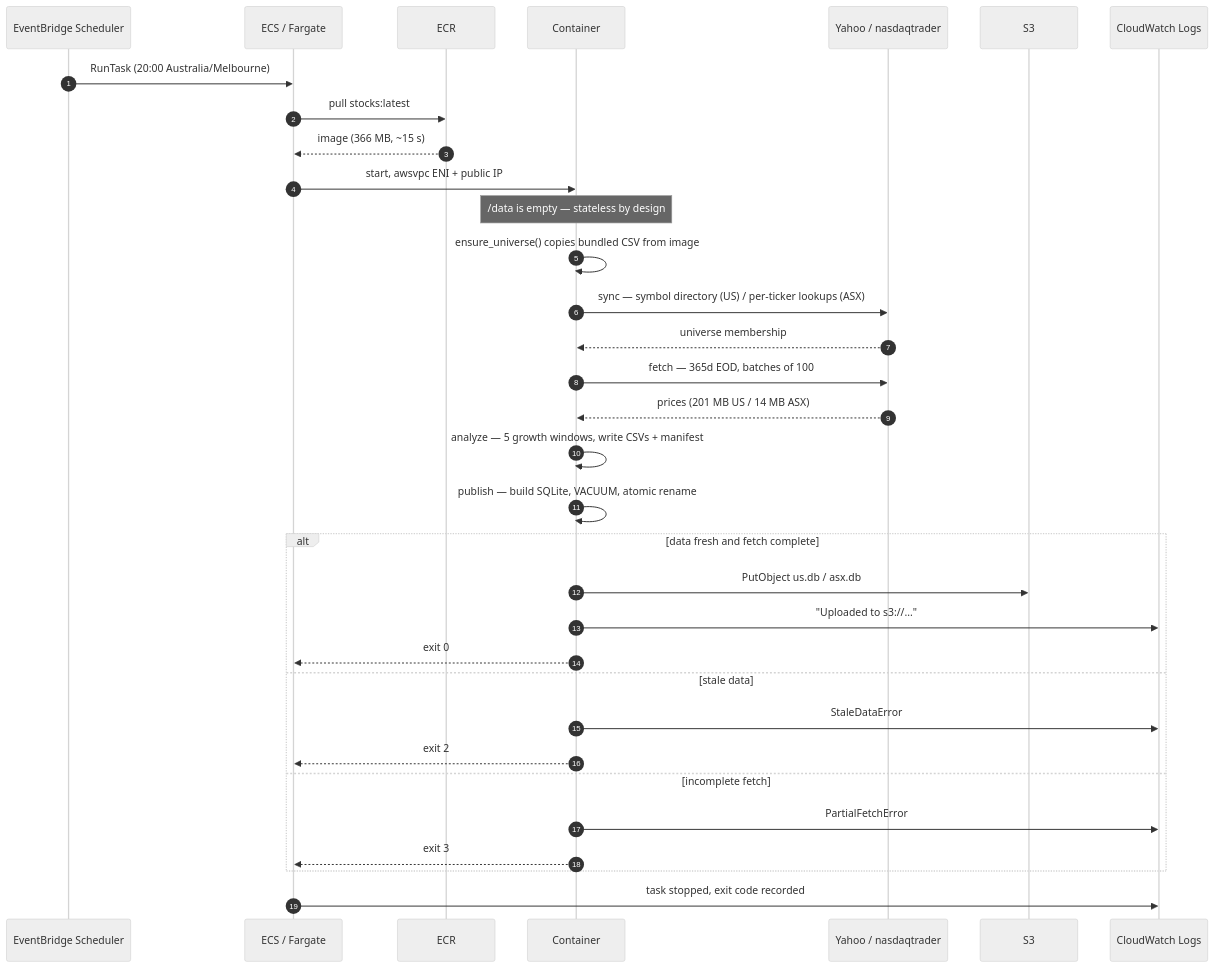
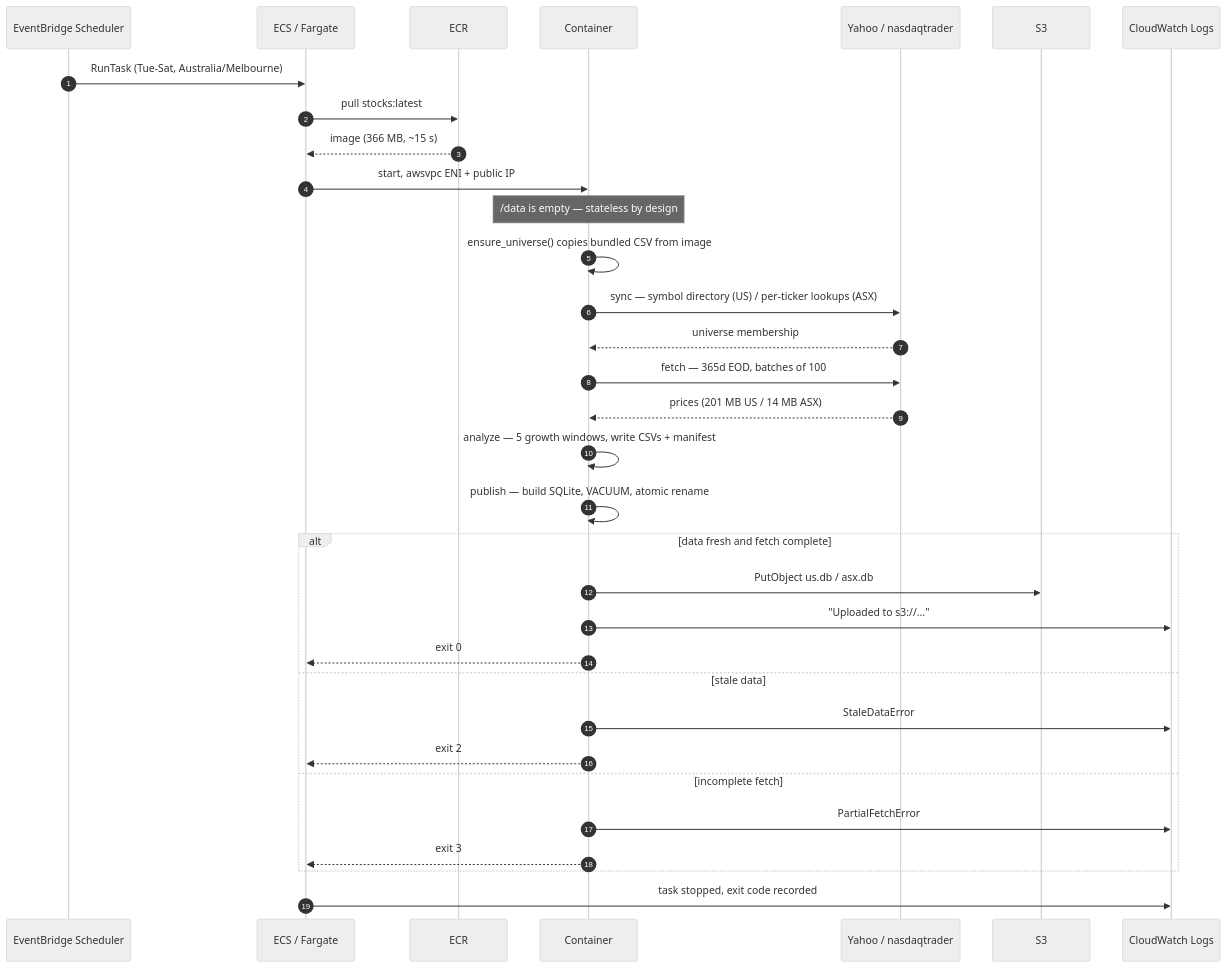
Before and after one commit to ryandam9/Stocks: the third of 5 diagrams in docs/AWS_DEPLOYMENT_SPEC.md, drawn with Mermaid (neutral theme). The commit also changed other lines of this file and 1 other file, not shown here.

First line of the commit message:
Run Tue-Sat: ASX at 07:15, US at 09:30 Melbourne

````diff
--- a/docs/AWS_DEPLOYMENT_SPEC.md
+++ b/docs/AWS_DEPLOYMENT_SPEC.md
@@ -452,40 +456,40 @@
 ```mermaid
 sequenceDiagram
     autonumber
     participant S as EventBridge Scheduler
     participant E as ECS / Fargate
     participant R as ECR
     participant C as Container
     participant Y as Yahoo / nasdaqtrader
     participant B as S3
     participant L as CloudWatch Logs
 
-    S->>E: RunTask (20:00 Australia/Melbourne)
+    S->>E: RunTask (Tue-Sat, Australia/Melbourne)
     E->>R: pull stocks:latest
     R-->>E: image (366 MB, ~15 s)
     E->>C: start, awsvpc ENI + public IP
 
     Note over C: /data is empty — stateless by design
     C->>C: ensure_universe() copies bundled CSV from image
 
     C->>Y: sync — symbol directory (US) / per-ticker lookups (ASX)
     Y-->>C: universe membership
     C->>Y: fetch — 365d EOD, batches of 100
     Y-->>C: prices (201 MB US / 14 MB ASX)
     C->>C: analyze — 5 growth windows, write CSVs + manifest
     C->>C: publish — build SQLite, VACUUM, atomic rename
 
     alt data fresh and fetch complete
         C->>B: PutObject us.db / asx.db
         C->>L: "Uploaded to s3://..."
         C-->>E: exit 0
     else stale data
         C->>L: StaleDataError
         C-->>E: exit 2
     else incomplete fetch
         C->>L: PartialFetchError
         C-->>E: exit 3
     end
 
     E->>L: task stopped, exit code recorded
 ```
````
